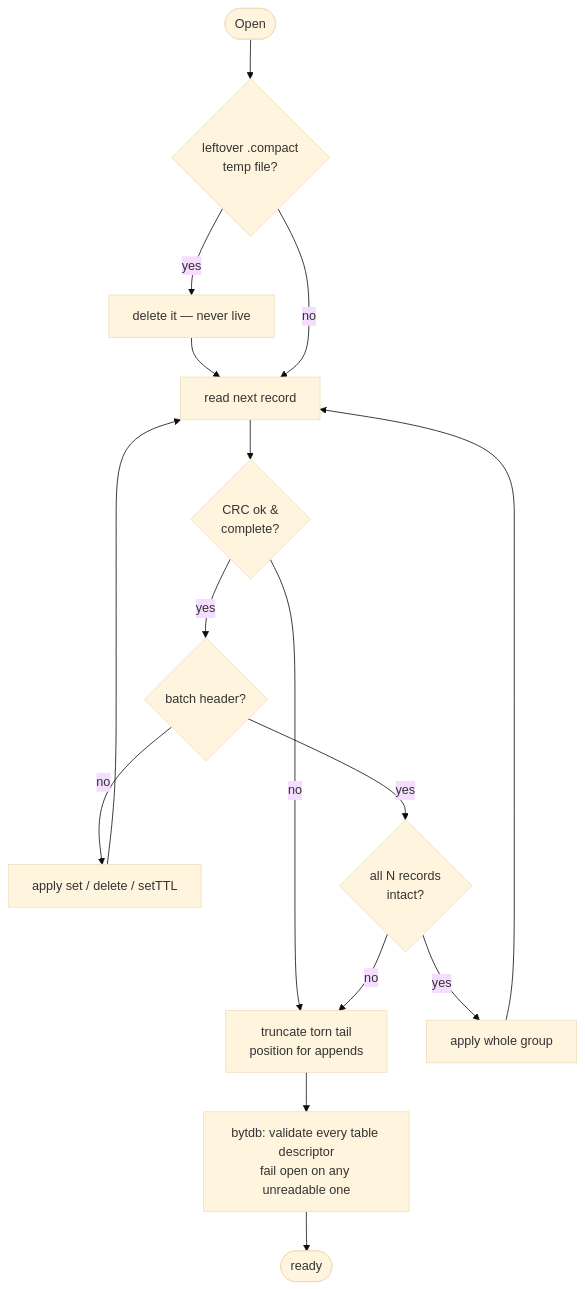
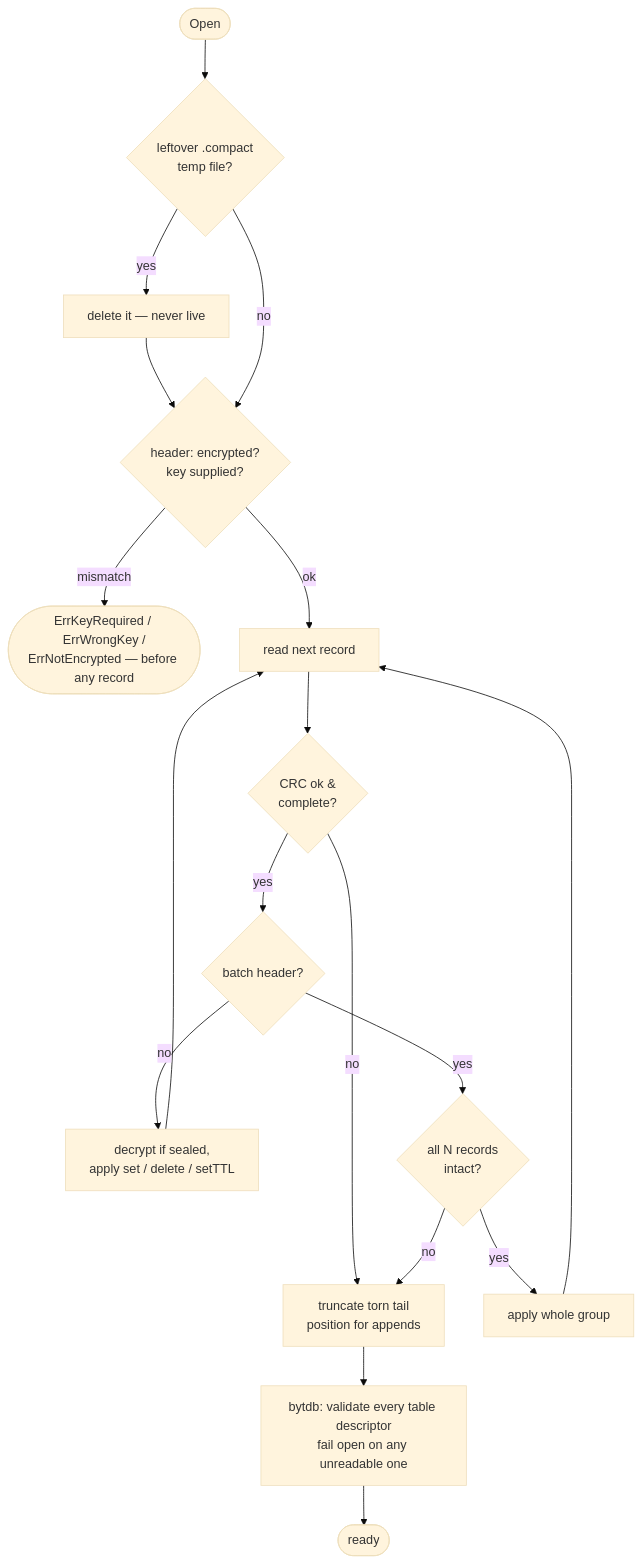
One commit to rohanthewiz/bytdb changed the fourth of 9 diagrams in docs/architecture.md. Above: the diagram before and after it, drawn with Mermaid (base theme). The commit also changed other lines of this file and 8 other files, not shown here.

First line of the commit message:
Docs refresh: mkdocs pages current with v0.6.4, 22 validated mermaid diagrams

````diff
--- a/docs/architecture.md
+++ b/docs/architecture.md
@@ -158,14 +175,16 @@
 ```mermaid
 flowchart TD
     open([Open]) --> tmp{leftover .compact<br/>temp file?}
-    tmp -- yes --> rm[delete it — never live] --> read
-    tmp -- no --> read[read next record]
+    tmp -- yes --> rm[delete it — never live] --> hdr
+    tmp -- no --> hdr{header: encrypted?<br/>key supplied?}
+    hdr -- mismatch --> keyerr([ErrKeyRequired / ErrWrongKey /<br/>ErrNotEncrypted — before any record])
+    hdr -- ok --> read[read next record]
     read --> valid{CRC ok &<br/>complete?}
     valid -- no --> trunc[truncate torn tail<br/>position for appends] --> catalog
     valid -- yes --> batch{batch header?}
-    batch -- no --> apply[apply set / delete / setTTL] --> read
+    batch -- no --> apply[decrypt if sealed,<br/>apply set / delete / setTTL] --> read
     batch -- yes --> group{all N records<br/>intact?}
     group -- yes --> applyAll[apply whole group] --> read
     group -- no --> trunc
     catalog[bytdb: validate every table descriptor<br/>fail open on any unreadable one] --> ready([ready])
 ```
````
